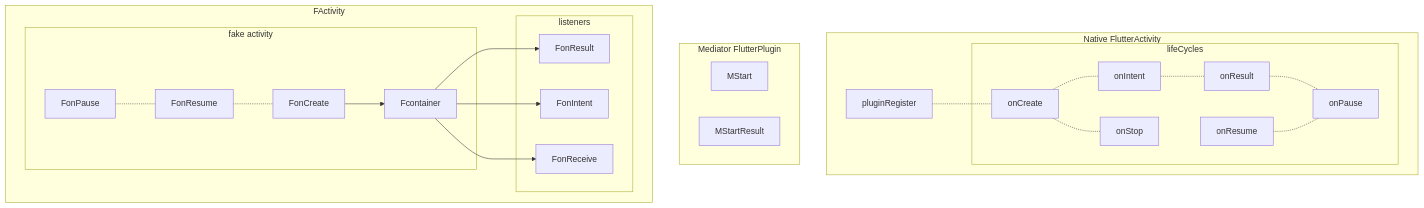
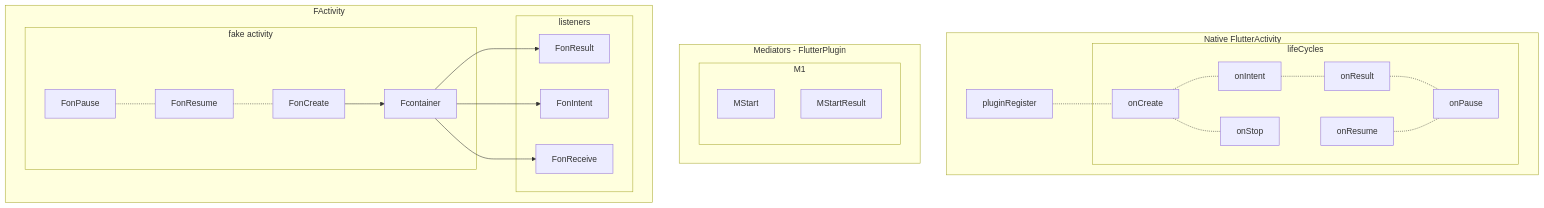
Before and after one commit to gordianknotC/nxp_note: the diagram in flutter/addActivityResultListener.md, drawn with Mermaid. The commit also changed other lines of this file, not shown here.

Commit message:
flutter/addActivityResultListener.md updated from https://stackedit.io/

````diff
--- a/flutter/addActivityResultListener.md
+++ b/flutter/addActivityResultListener.md
@@ -11,44 +11,46 @@
 ```mermaid
 graph TB
 	subgraph Native FlutterActivity
 		pluginRegister
 		pluginRegister -.- onCreate
 		subgraph lifeCycles
 			onCreate -.- onIntent
 			onIntent -.- onResult
 			onResult -.- onPause
 			onResume -.- onPause
 			onCreate -.- onStop
 		end
 	end
-	subgraph Mediator FlutterPlugin
-		MStart
-		MStartResult
+	subgraph Mediators - FlutterPlugin
+		subgraph M1
+			MStart
+			MStartResult
+		end
 	end
 	
 	subgraph FActivity
 		FonCreate
 		FonPause 
 		FonResume 
 		FonResult 
 		FonIntent 
 		FonReceive 
 		
 		subgraph fake activity
 			FonPause -.- FonResume
 			FonResume -.- FonCreate
 			FonCreate --> Fcontainer
 		end
 		
 		subgraph listeners
 			Fcontainer --> FonIntent
 			Fcontainer --> FonResult
 			Fcontainer --> FonReceive
 		end
 		
 		
 		
 	end
 
 
 ```
````
